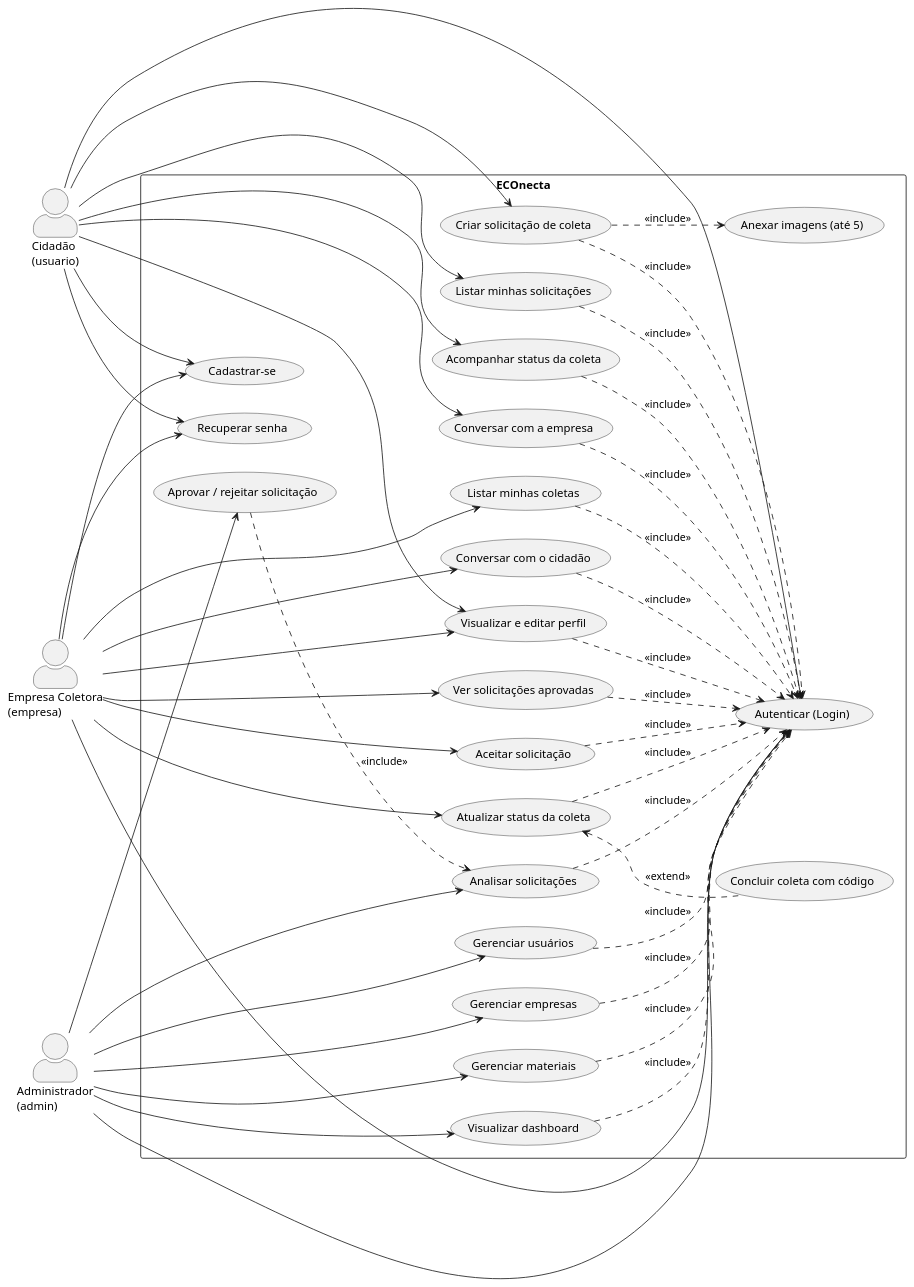
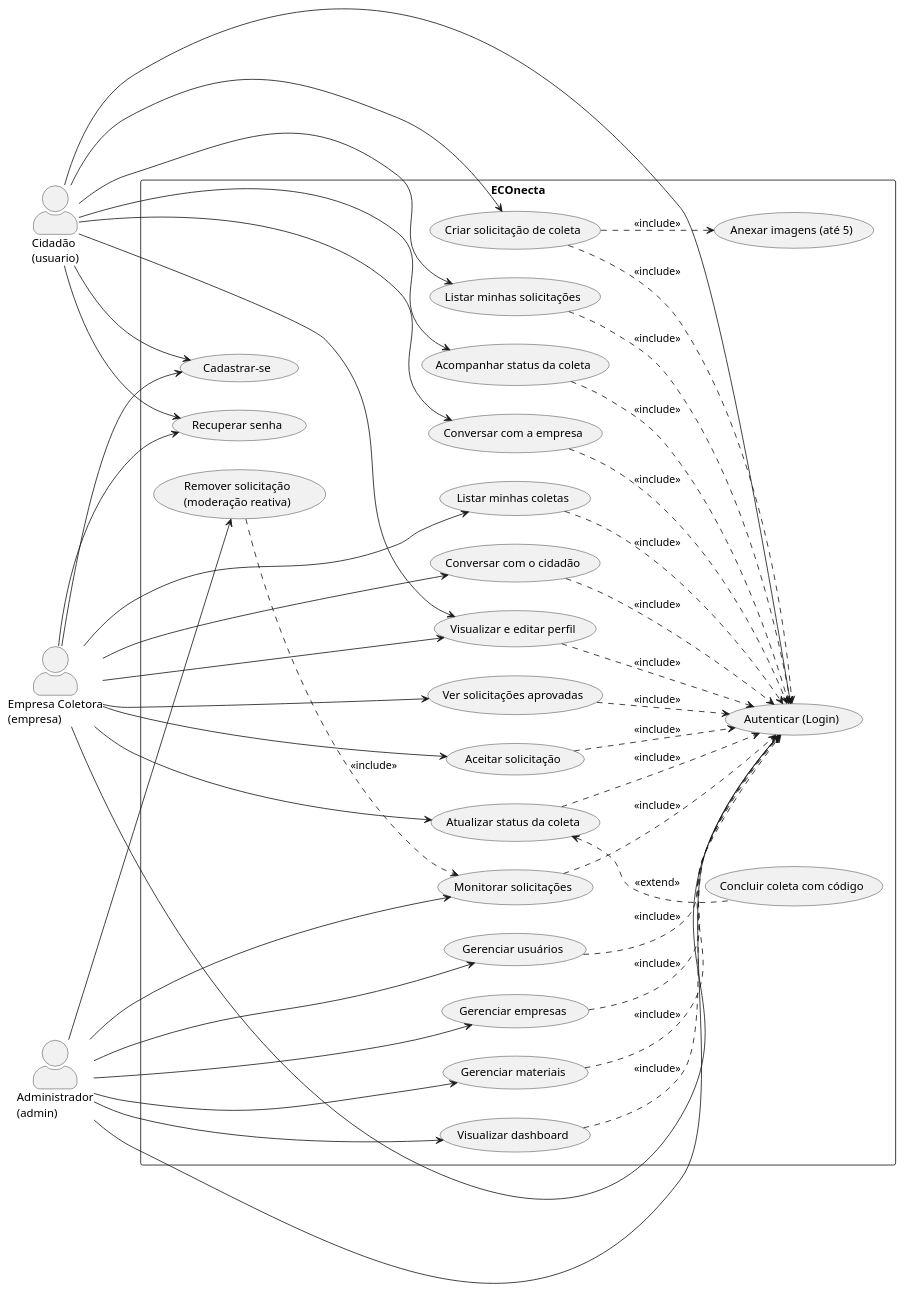
The diagram in docs/APENDICE-A-casos-de-uso.md (lononeiro/olx-ecologico), drawn with PlantUML before and after one commit. The commit also changed other lines of this file and 53 other files, not shown here.

First line of the commit message:
docs(uml): revisao dos diagramas e sincronizacao docs/ com uml/

```diff
--- a/docs/APENDICE-A-casos-de-uso.md
+++ b/docs/APENDICE-A-casos-de-uso.md
@@ -39,8 +39,8 @@
 
   ' --- Admin ---
   usecase "Visualizar dashboard" as UC16
-  usecase "Analisar solicitações" as UC17
-  usecase "Aprovar / rejeitar solicitação" as UC18
+  usecase "Monitorar solicitações" as UC17
+  usecase "Remover solicitação\n(moderação reativa)" as UC18
   usecase "Gerenciar usuários" as UC19
   usecase "Gerenciar empresas" as UC20
   usecase "Gerenciar materiais" as UC21
```
